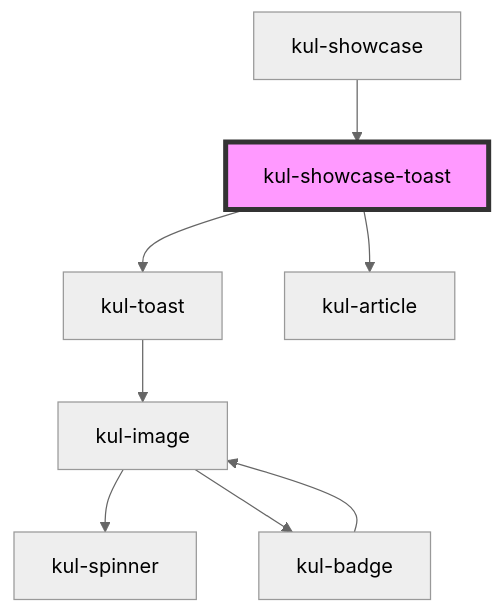
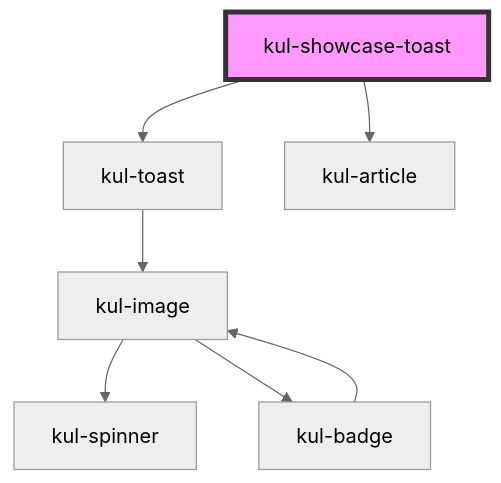
Before and after one commit to smeup/ketchup: the diagram in packages/ketchup-lite/src/components/kul-showcase/components/toast/readme.md, drawn with Mermaid (neutral theme). The commit also changed other lines of this file and 25 other files, not shown here.

````diff
--- a/packages/ketchup-lite/src/components/kul-showcase/components/toast/readme.md
+++ b/packages/ketchup-lite/src/components/kul-showcase/components/toast/readme.md
@@ -31,11 +27,10 @@
 ```mermaid
 graph TD;
   kul-showcase-toast --> kul-toast
   kul-showcase-toast --> kul-article
   kul-toast --> kul-image
   kul-image --> kul-spinner
   kul-image --> kul-badge
   kul-badge --> kul-image
-  kul-showcase --> kul-showcase-toast
   style kul-showcase-toast fill:#f9f,stroke:#333,stroke-width:4px
 ```
````
